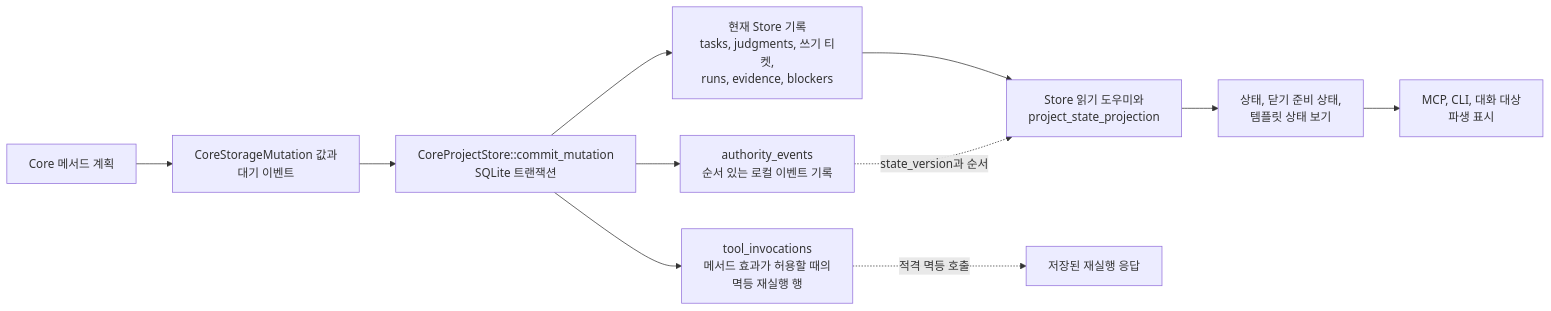
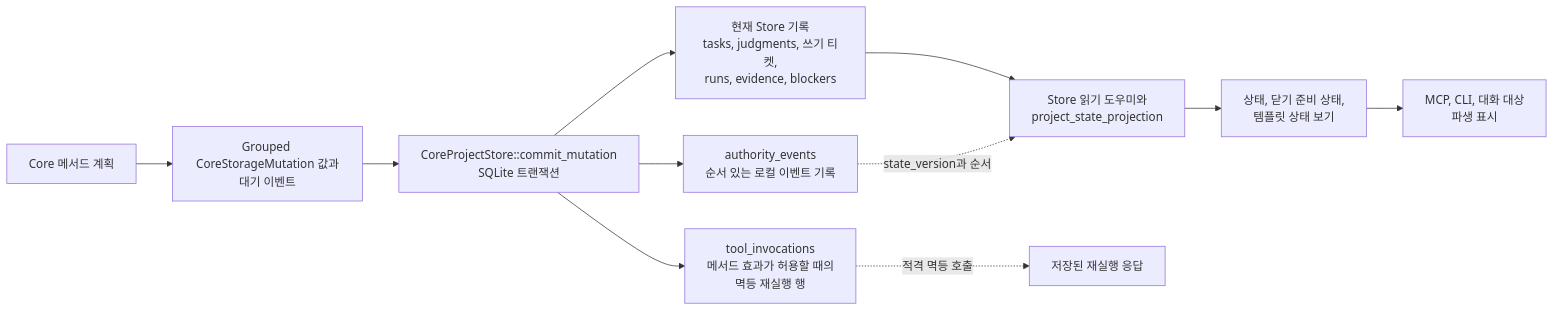
The diagram in docs/ko/architecture-guide/storage-and-transactions.md (minjungw00/Volicord), drawn with Mermaid before and after one commit. The commit also changed other lines of this file and 39 other files, not shown here.

````diff
--- a/docs/ko/architecture-guide/storage-and-transactions.md
+++ b/docs/ko/architecture-guide/storage-and-transactions.md
@@ -86,21 +89,21 @@
 ```mermaid
 flowchart LR
   planner["Core 메서드 계획"]
-  mutations["CoreStorageMutation 값과<br/>대기 이벤트"]
+  mutations["Grouped CoreStorageMutation 값과<br/>대기 이벤트"]
   commit["CoreProjectStore::commit_mutation<br/>SQLite 트랜잭션"]
   current["현재 Store 기록<br/>tasks, judgments, 쓰기 티켓,<br/>runs, evidence, blockers"]
   events["authority_events<br/>순서 있는 로컬 이벤트 기록"]
   replay["tool_invocations<br/>메서드 효과가 허용할 때의<br/>멱등 재실행 행"]
   reads["Store 읽기 도우미와<br/>project_state_projection"]
   projection["상태, 닫기 준비 상태,<br/>템플릿 상태 보기"]
   display["MCP, CLI, 대화 대상<br/>파생 표시"]
   stored["저장된 재실행 응답"]
 
   planner --> mutations --> commit
   commit --> current
   commit --> events
   commit --> replay
   current --> reads --> projection --> display
   events -. state_version과 순서 .-> reads
   replay -. 적격 멱등 호출 .-> stored
 ```
````
